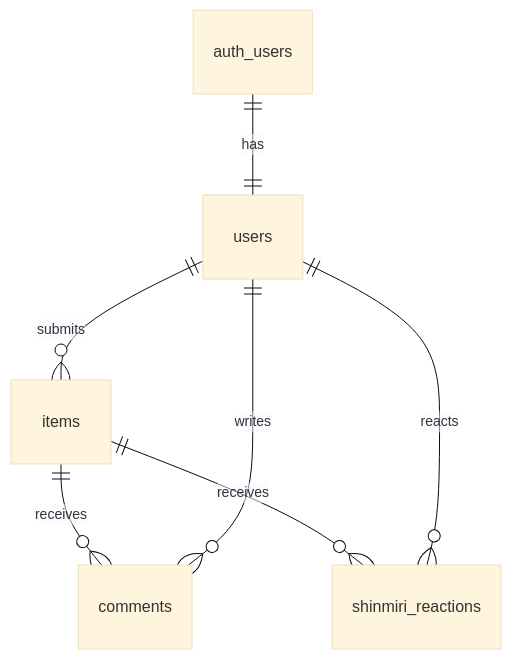
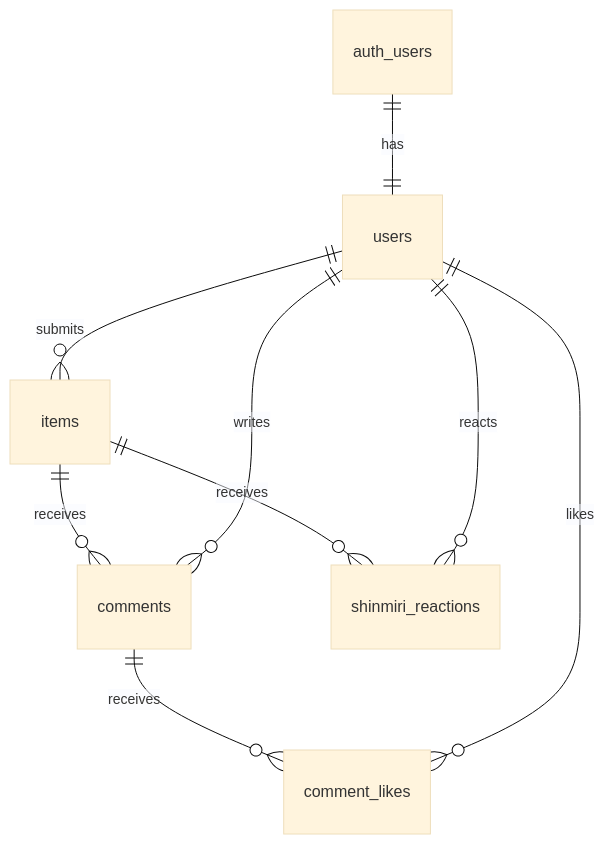
The diagram in docs/DATABASE_DESIGN.md (yasusudas/anokoro-museum), drawn with Mermaid (base theme) before and after one commit. The commit also changed other lines of this file and 8 other files, not shown here.

````diff
--- a/docs/DATABASE_DESIGN.md
+++ b/docs/DATABASE_DESIGN.md
@@ -7,9 +7,11 @@
 ```mermaid
 erDiagram
   auth_users ||--|| users : has
   users ||--o{ items : submits
   items ||--o{ comments : receives
   users ||--o{ comments : writes
+  comments ||--o{ comment_likes : receives
+  users ||--o{ comment_likes : likes
   items ||--o{ shinmiri_reactions : receives
   users ||--o{ shinmiri_reactions : reacts
 ```
````
